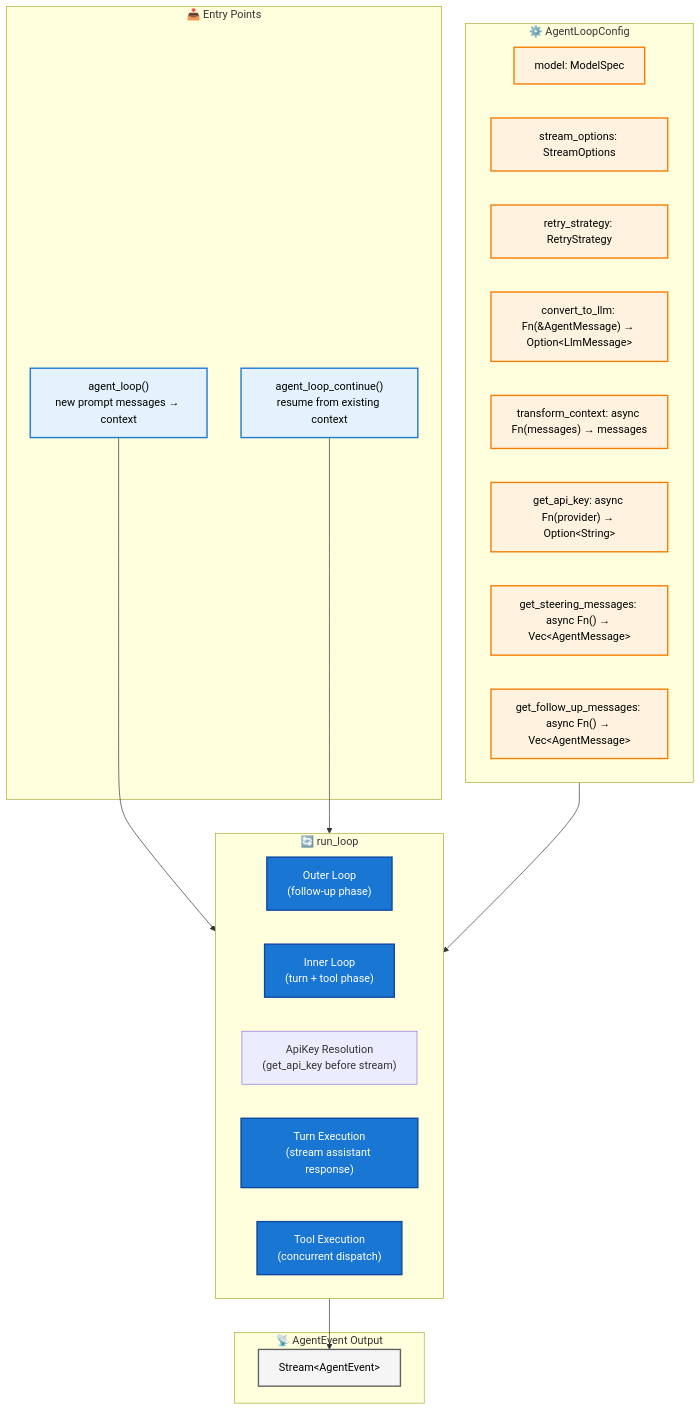
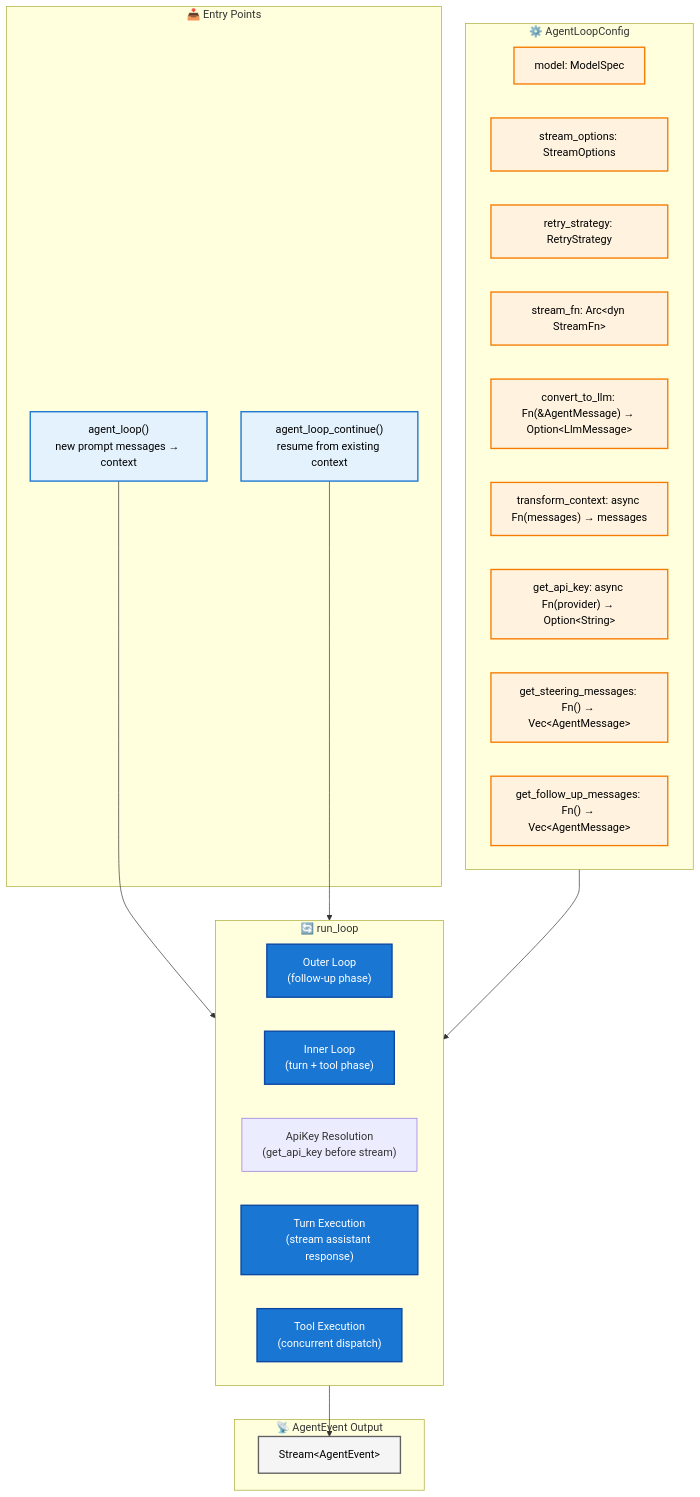
One commit to SuperSwinkAI/Swink-Agent changed the first of 5 diagrams in docs/architecture/agent-loop/README.md. Above: the diagram before and after it, drawn with Mermaid. The commit also changed other lines of this file and 22 other files, not shown here.

````diff
--- a/docs/architecture/agent-loop/README.md
+++ b/docs/architecture/agent-loop/README.md
@@ -12,45 +12,46 @@
 ```mermaid
 flowchart TB
     subgraph EntryPoints["📥 Entry Points"]
         AgentLoop["agent_loop()<br/>new prompt messages → context"]
         AgentLoopContinue["agent_loop_continue()<br/>resume from existing context"]
     end
 
     subgraph Config["⚙️ AgentLoopConfig"]
         Model["model: ModelSpec"]
         StreamOpts["stream_options: StreamOptions"]
         Retry["retry_strategy: RetryStrategy"]
+        StreamFnField["stream_fn: Arc&lt;dyn StreamFn&gt;"]
         ConvertFn["convert_to_llm: Fn(&amp;AgentMessage) → Option&lt;LlmMessage&gt;"]
         TransformFn["transform_context: async Fn(messages) → messages"]
         ApiKey["get_api_key: async Fn(provider) → Option&lt;String&gt;"]
-        SteerFn["get_steering_messages: async Fn() → Vec&lt;AgentMessage&gt;"]
-        FollowFn["get_follow_up_messages: async Fn() → Vec&lt;AgentMessage&gt;"]
+        SteerFn["get_steering_messages: Fn() → Vec&lt;AgentMessage&gt;"]
+        FollowFn["get_follow_up_messages: Fn() → Vec&lt;AgentMessage&gt;"]
     end
 
     subgraph Core["🔄 run_loop"]
         OuterLoop["Outer Loop<br/>(follow-up phase)"]
         InnerLoop["Inner Loop<br/>(turn + tool phase)"]
         ResolveApiKey["ApiKey Resolution<br/>(get_api_key before stream)"]
         TurnExec["Turn Execution<br/>(stream assistant response)"]
         ToolExec["Tool Execution<br/>(concurrent dispatch)"]
     end
 
     subgraph Events["📡 AgentEvent Output"]
         AgentEvents["Stream&lt;AgentEvent&gt;"]
     end
 
     AgentLoop --> Core
     AgentLoopContinue --> Core
     Config --> Core
     Core --> AgentEvents
 
     classDef entryStyle fill:#e3f2fd,stroke:#1976d2,stroke-width:2px,color:#000
     classDef configStyle fill:#fff3e0,stroke:#f57c00,stroke-width:2px,color:#000
     classDef coreStyle fill:#1976d2,stroke:#0d47a1,stroke-width:2px,color:#fff
     classDef eventStyle fill:#f5f5f5,stroke:#616161,stroke-width:2px,color:#000
 
     class AgentLoop,AgentLoopContinue entryStyle
-    class Model,StreamOpts,Retry,ConvertFn,TransformFn,ApiKey,SteerFn,FollowFn configStyle
+    class Model,StreamOpts,Retry,StreamFnField,ConvertFn,TransformFn,ApiKey,SteerFn,FollowFn configStyle
     class OuterLoop,InnerLoop,TurnExec,ToolExec coreStyle
     class AgentEvents eventStyle
 ```
````
